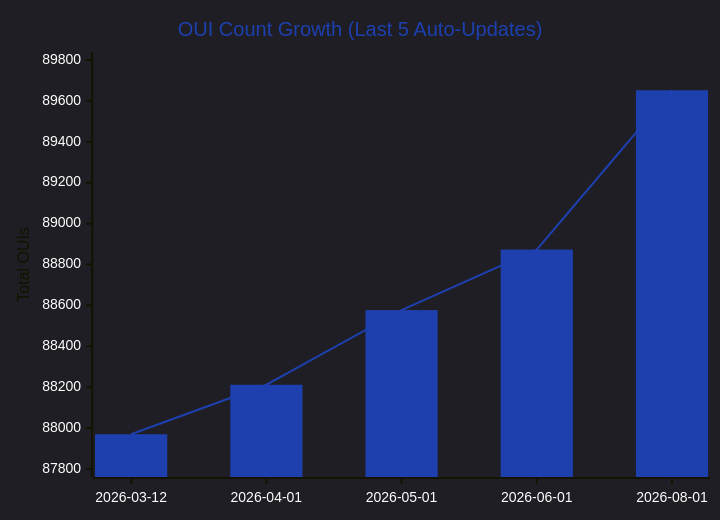
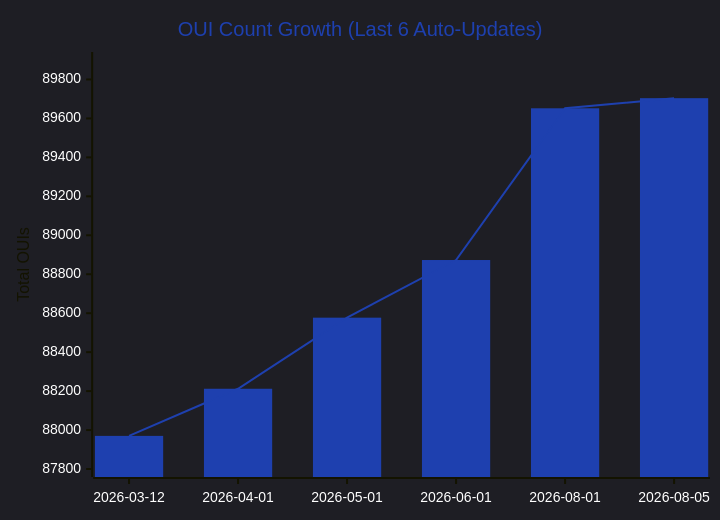
One commit to Ringmast4r/OUI-Master-Database changed the first of 5 diagrams in README.md. Above: the diagram before and after it, drawn with Mermaid. The commit also changed other lines of this file and 14 other files, not shown here.

Commit message:
Auto-update OUI database 2026-08-05 - 89704 OUIs

````diff
--- a/README.md
+++ b/README.md
@@ -71,9 +71,9 @@
 ```mermaid
 %%{init: {'theme':'dark', 'themeVariables': {'xyChart': {'backgroundColor':'#00000000','plotColorPalette':'#1E40AF','titleColor':'#1E40AF','xAxisLabelColor':'#ffffff','yAxisLabelColor':'#ffffff'}}}}%%
 xychart-beta
-    title "OUI Count Growth (Last 5 Auto-Updates)"
-    x-axis ["2026-03-12", "2026-04-01", "2026-05-01", "2026-06-01", "2026-08-01"]
-    y-axis "Total OUIs" 87800 --> 89800
-    bar [87970, 88212, 88577, 88873, 89652]
-    line [87970, 88212, 88577, 88873, 89652]
+    title "OUI Count Growth (Last 6 Auto-Updates)"
+    x-axis ["2026-03-12", "2026-04-01", "2026-05-01", "2026-06-01", "2026-08-01", "2026-08-05"]
+    y-axis "Total OUIs" 87800 --> 89900
+    bar [87970, 88212, 88577, 88873, 89652, 89704]
+    line [87970, 88212, 88577, 88873, 89652, 89704]
 ```
````
